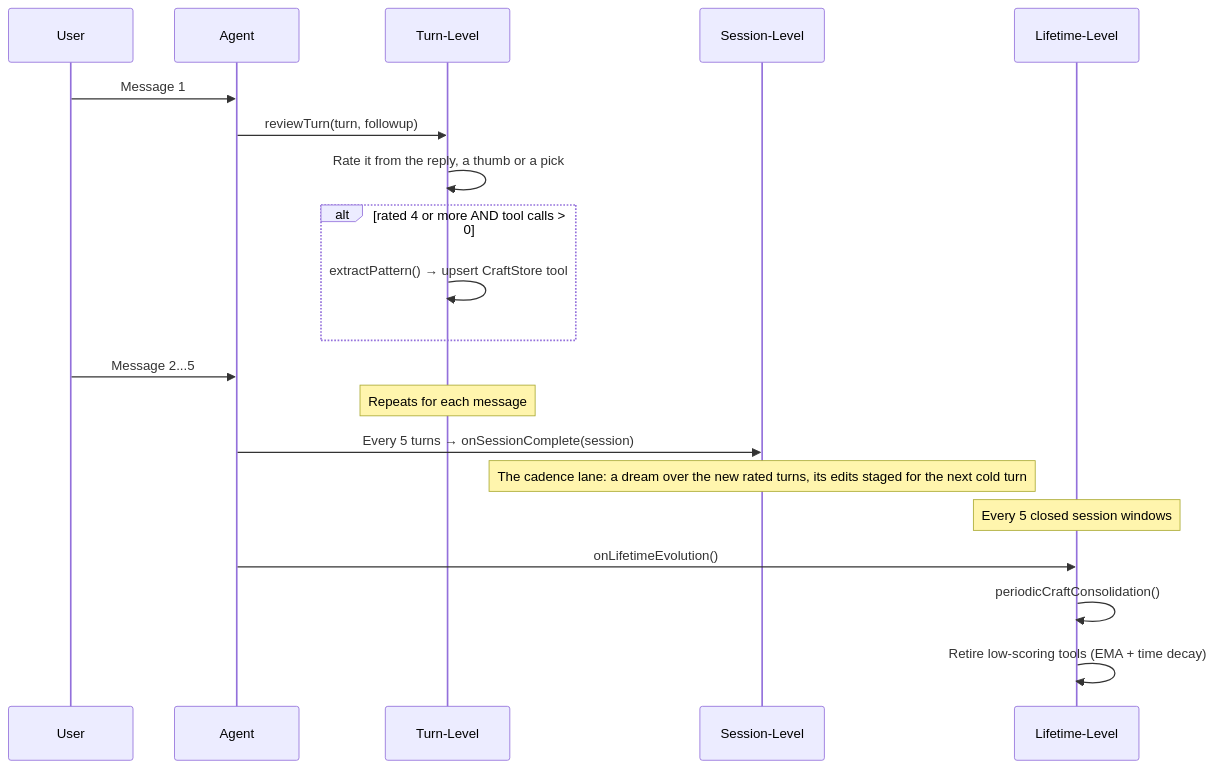
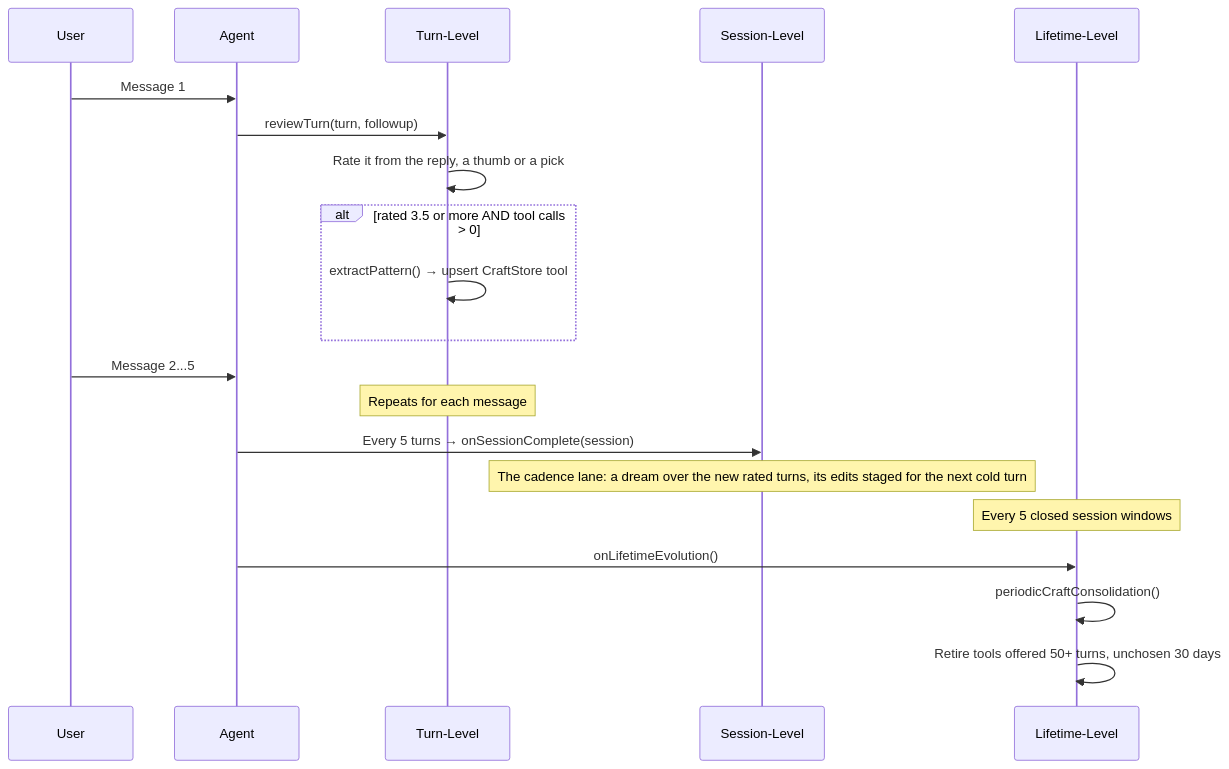
Before and after one commit to AshishKumar4/kinu: the first of 2 diagrams in docs/EVOLUTION.md, drawn with Mermaid. The commit also changed other lines of this file and 36 other files, not shown here.

First line of the commit message:
docs: the architecture diagrams say what the code does

````diff
--- a/docs/EVOLUTION.md
+++ b/docs/EVOLUTION.md
@@ -29,26 +29,26 @@
 ```mermaid
 sequenceDiagram
     participant User
     participant Agent
     participant Turn as Turn-Level
     participant Session as Session-Level
     participant Lifetime as Lifetime-Level
 
     User->>Agent: Message 1
     Agent->>Turn: reviewTurn(turn, followup)
     Turn->>Turn: Rate it from the reply, a thumb or a pick
-    alt rated 4 or more AND tool calls > 0
+    alt rated 3.5 or more AND tool calls > 0
         Turn->>Turn: extractPattern() → upsert CraftStore tool
     end
 
     User->>Agent: Message 2...5
     Note over Turn: Repeats for each message
 
     Agent->>Session: Every 5 turns → onSessionComplete(session)
     Note over Session: The cadence lane: a dream over the new rated turns, its edits staged for the next cold turn
 
     Note over Lifetime: Every 5 closed session windows
     Agent->>Lifetime: onLifetimeEvolution()
     Lifetime->>Lifetime: periodicCraftConsolidation()
-    Lifetime->>Lifetime: Retire low-scoring tools (EMA + time decay)
+    Lifetime->>Lifetime: Retire tools offered 50+ turns, unchosen 30 days
 ```
````
